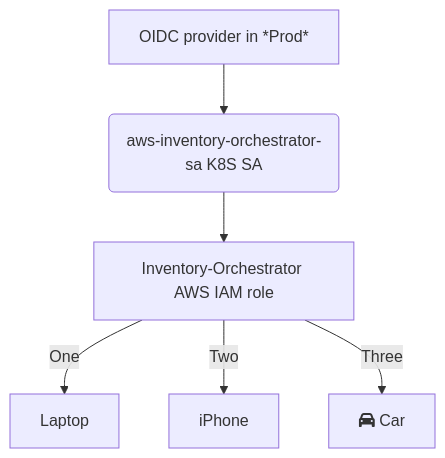
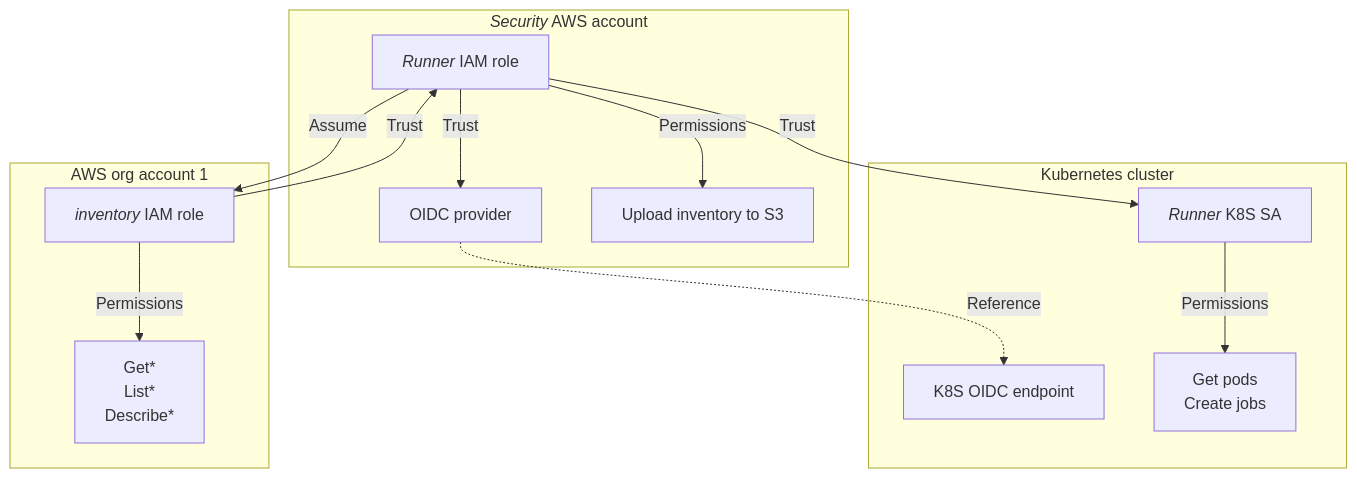
Before and after one commit to dfds/aws-inventory-orchestrator: the fourth of 4 diagrams in README.md, drawn with Mermaid. The commit also changed other lines of this file, not shown here.

Commit message:
Sequence and trust relationship diagrams added (fixes #4)

````diff
--- a/README.md
+++ b/README.md
@@ -126,8 +157,17 @@
 ```mermaid
-graph TD
-    A[OIDC provider in *Prod*] --> B("aws-inventory-orchestrator-sa" K8S SA)
-    B --> C["Inventory-Orchestrator" AWS IAM role ]
-    C -->|One| D[Laptop]
-    C -->|Two| E[iPhone]
-    C -->|Three| F[fa:fa-car Car]
+flowchart TD
+    subgraph "<i>Security</i> AWS account"
+        A[<i>Runner</i> IAM role] -->|Trust| B[OIDC provider]
+        A -->|Permissions| G[Upload inventory to S3]
+    end
+    subgraph "Kubernetes cluster"
+        B -. Reference .-> C[K8S OIDC endpoint]
+        A -->|Trust| D[<i>Runner</i> K8S SA]
+        D -->|Permissions| H[Get pods<br>Create jobs]
+    end
+    subgraph "AWS org account 1"
+        A -->|Assume| E[<i>inventory</i> IAM role]
+        E -->|Trust| A
+        E -->|Permissions| F[Get*<br>List*<br>Describe*]
+    end
 ```
````
